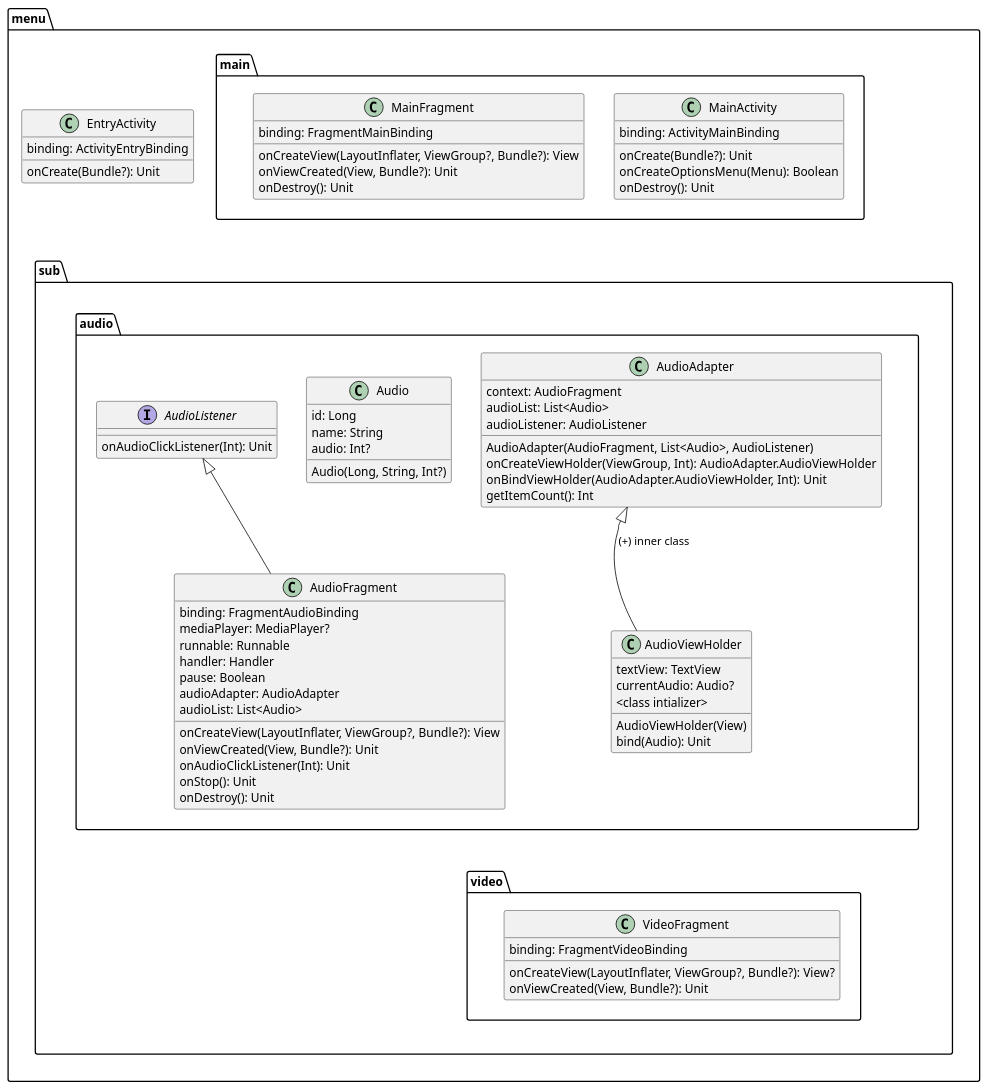
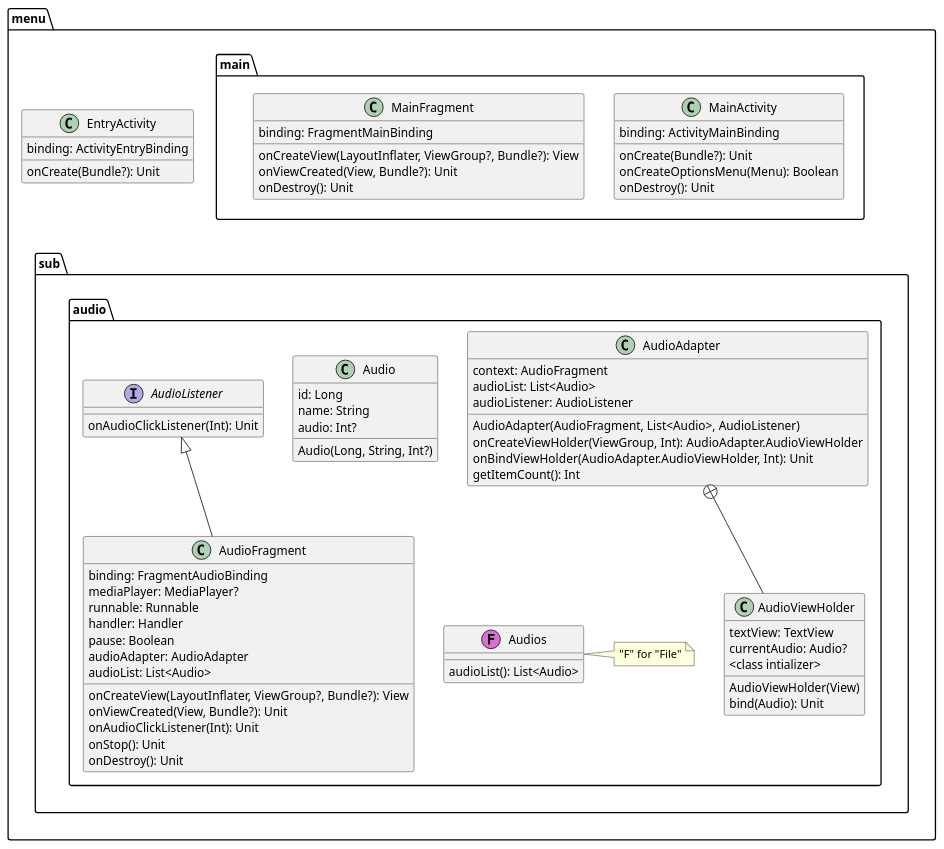
Before and after one commit to vertigonale/botify2: the diagram in Documents/classesAudioUML_trans.puml, drawn with PlantUML. The commit also changed 1 other file, not shown here.

Commit message:
create new class diagram

```diff
--- a/Documents/classesAudioUML_trans.puml
+++ b/Documents/classesAudioUML_trans.puml
@@ -1,98 +1,95 @@
 @startuml
 'comment
 
 ' packages
 package "menu" {
 
     class EntryActivity {
         binding: ActivityEntryBinding
     ' TODO should "Unit" be omitted? it basically means "void"
         onCreate(Bundle?): Unit
     }
 
     package "main" {
 
         class MainActivity {
             binding: ActivityMainBinding
             onCreate(Bundle?): Unit
             onCreateOptionsMenu(Menu): Boolean
             onDestroy(): Unit
         }
 
         class MainFragment {
             binding: FragmentMainBinding
             onCreateView(LayoutInflater, ViewGroup?, Bundle?): View
             onViewCreated(View, Bundle?): Unit
             onDestroy(): Unit
         }
     }
 
     package "sub" {
         package "audio" {
 
             class AudioFragment {
                 binding: FragmentAudioBinding
                 mediaPlayer: MediaPlayer?
                 runnable: Runnable
                 handler: Handler
                 pause: Boolean
                 audioAdapter: AudioAdapter
                 audioList: List<Audio>
                 onCreateView(LayoutInflater, ViewGroup?, Bundle?): View
                 onViewCreated(View, Bundle?): Unit
                 onAudioClickListener(Int): Unit
                 onStop(): Unit
                 onDestroy(): Unit
             }
 
             class AudioAdapter {
                 context: AudioFragment
                 audioList: List<Audio>
                 audioListener: AudioListener
                 AudioAdapter(AudioFragment, List<Audio>, AudioListener)
                 onCreateViewHolder(ViewGroup, Int): AudioAdapter.AudioViewHolder
                 onBindViewHolder(AudioAdapter.AudioViewHolder, Int): Unit
                 getItemCount(): Int
             }
 
             class AudioViewHolder {
                 textView: TextView
                 currentAudio: Audio?
             ' TODO what to do with this pain in the ass?
                 <class intializer>
                 AudioViewHolder(View)
                 bind(Audio): Unit
             }
 
             class Audio {
                 id: Long
                 name: String
                 audio: Int?
                 Audio(Long, String, Int?)
             }
 
             interface AudioListener {
                 onAudioClickListener(Int): Unit
             }
-        'TODO how to handle "Audios.kt"
-        }
+            'TODO how to handle "Audios.kt"
+            class Audios <<(F,orchid)>> {
+                audioList(): List<Audio>
 
-        package "video" {
-            class VideoFragment {
-            binding: FragmentVideoBinding
-            onCreateView(LayoutInflater, ViewGroup?, Bundle?): View?
-            onViewCreated(View, Bundle?): Unit
             }
+            note right: "F" for "File"
         }
     }
 }
 
 ' dependencies
     AudioListener <|-- AudioFragment
-    AudioAdapter <|-- AudioViewHolder : (+) inner class
+    AudioAdapter +-- AudioViewHolder
 
 ' output layout
     main-down[hidden]-sub
-    audio-down[hidden]-video
-    AudioFragment-down[hidden]-video
+    Audio-down[hidden]-Audios
+'    AudioAdapter-down[hidden]-Audio
 @enduml
```
